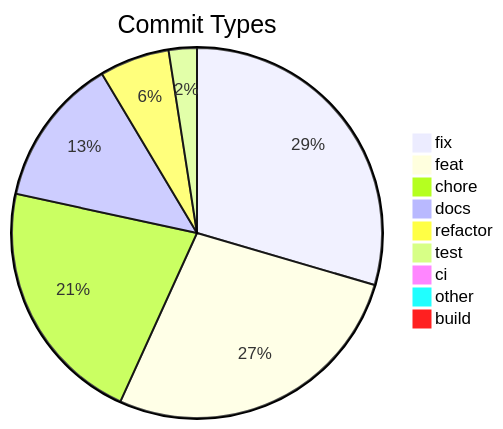
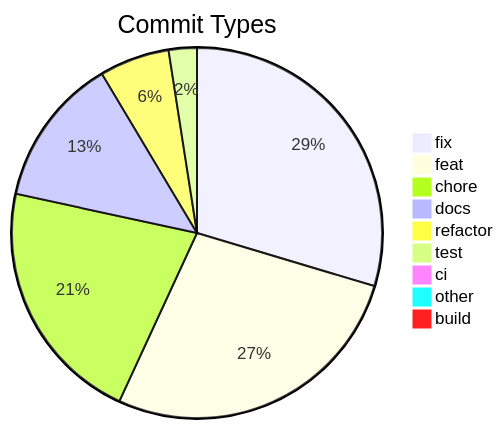
The diagram in .shipwright/compliance/change-history.md (svenroth-ai/shipwright), drawn with Mermaid before and after one commit. The commit also changed other lines of this file and 24 other files, not shown here.

````diff
--- a/.shipwright/compliance/change-history.md
+++ b/.shipwright/compliance/change-history.md
@@ -8,12 +8,12 @@
 ```mermaid
 pie title Commit Types
-    "fix" : 324
+    "fix" : 325
     "feat" : 299
-    "chore" : 237
+    "chore" : 236
     "docs" : 143
     "refactor" : 67
     "test" : 27
     "ci" : 11
     "other" : 7
     "build" : 1
 ```
````
